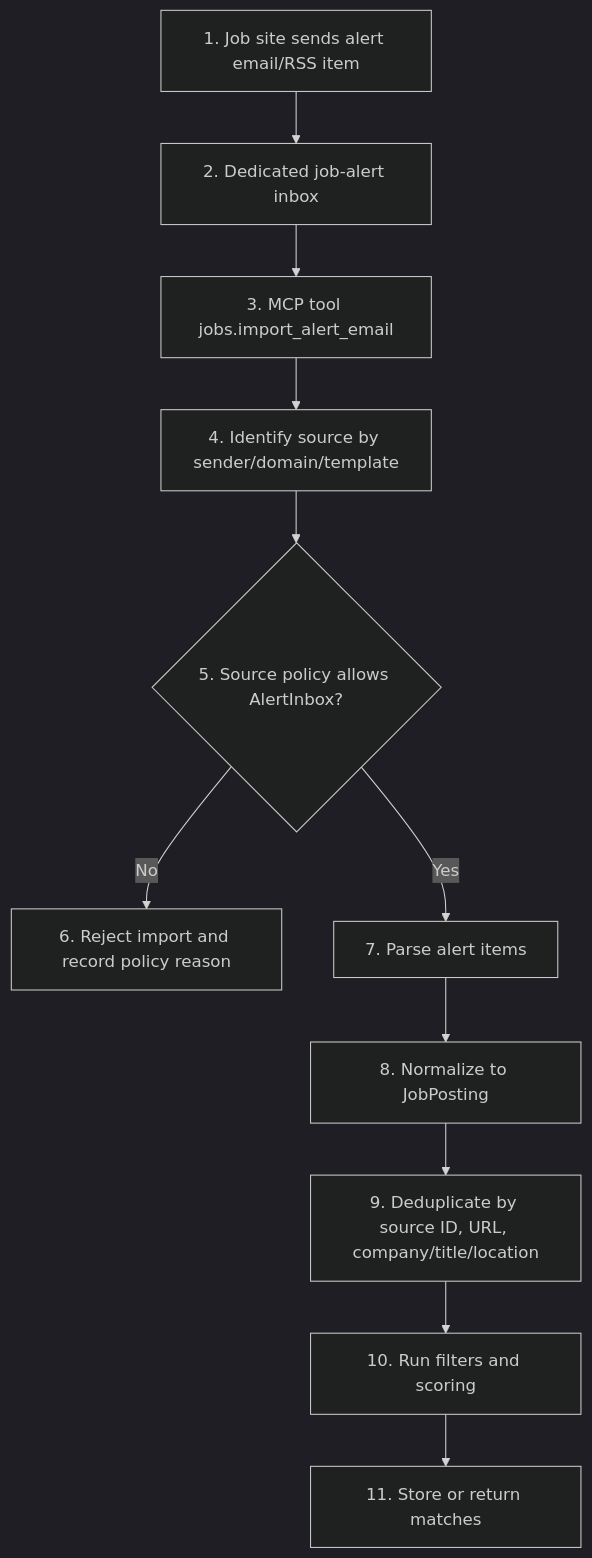
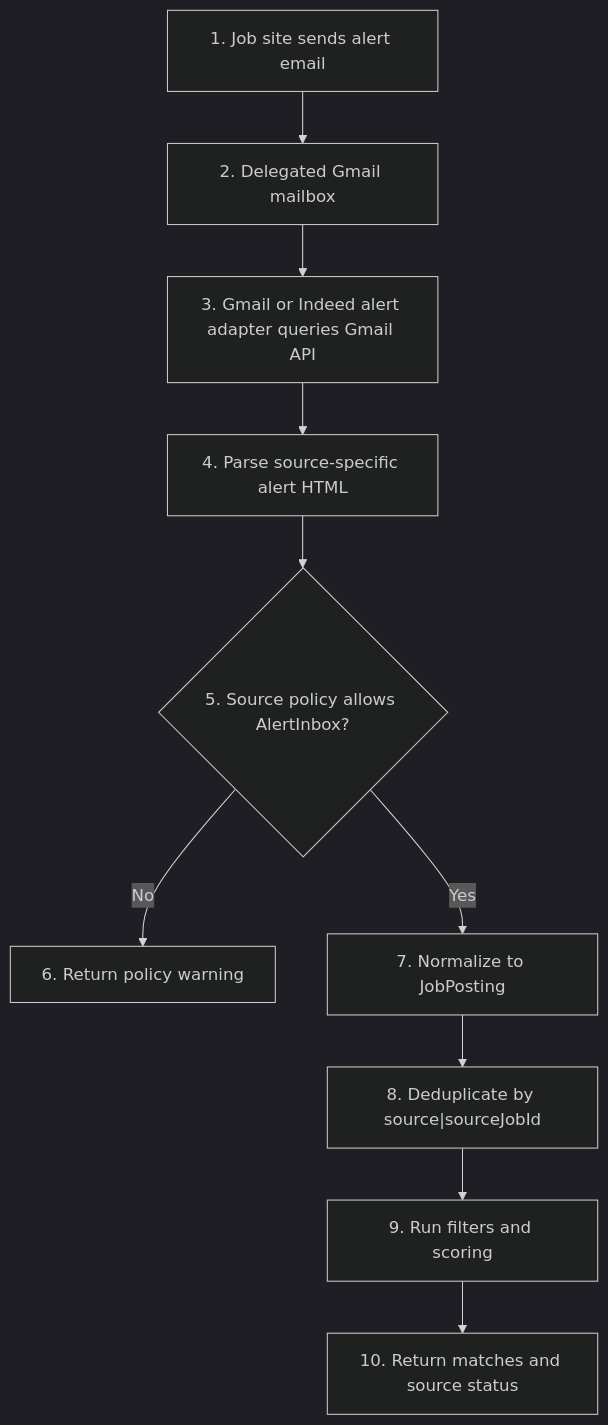
Before and after one commit to ekanatha-urivakili/AiJobSearchAgent: the third of 6 diagrams in docs/mcp-job-sites-integration-plan.md, drawn with Mermaid (dark theme). The commit also changed other lines of this file and 5 other files, not shown here.

````diff
--- a/docs/mcp-job-sites-integration-plan.md
+++ b/docs/mcp-job-sites-integration-plan.md
@@ -209,13 +237,12 @@
 ```mermaid
 flowchart TD
-    A["1. Job site sends alert email/RSS item"] --> B["2. Dedicated job-alert inbox"]
-    B --> C["3. MCP tool jobs.import_alert_email"]
-    C --> D["4. Identify source by sender/domain/template"]
+    A["1. Job site sends alert email"] --> B["2. Delegated Gmail mailbox"]
+    B --> C["3. Gmail or Indeed alert adapter queries Gmail API"]
+    C --> D["4. Parse source-specific alert HTML"]
     D --> E{"5. Source policy allows AlertInbox?"}
-    E -->|"No"| F["6. Reject import and record policy reason"]
-    E -->|"Yes"| G["7. Parse alert items"]
-    G --> H["8. Normalize to JobPosting"]
-    H --> I["9. Deduplicate by source ID, URL, company/title/location"]
-    I --> J["10. Run filters and scoring"]
-    J --> K["11. Store or return matches"]
+    E -->|"No"| F["6. Return policy warning"]
+    E -->|"Yes"| G["7. Normalize to JobPosting"]
+    G --> H["8. Deduplicate by source|sourceJobId"]
+    H --> I["9. Run filters and scoring"]
+    I --> J["10. Return matches and source status"]
 ```
````
